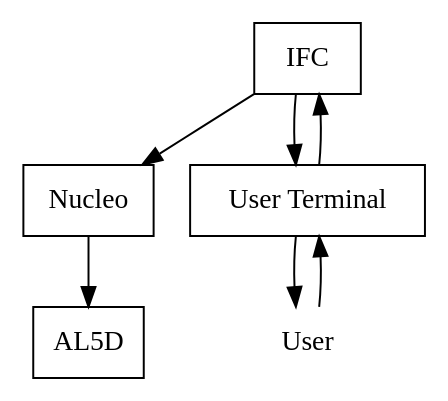
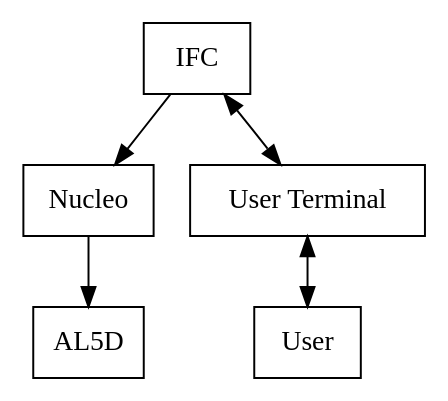
The diagram in design-report/block-diagram.dot (r2labs/QuARC), drawn with Graphviz before and after one commit.

Commit message:
block-diagram: cleaned up the block diagram

```diff
--- a/design-report/block-diagram.dot
+++ b/design-report/block-diagram.dot
@@ -1,18 +1,17 @@
 digraph blockdiagram {
+    concentrate=true;
     node [shape=box] {
         ifc [label="IFC"]
         nucleo [label="Nucleo"]
         terminal [label="User Terminal"]
-        user [label="User", color="white"]
+        user [label="User"]
         arm [label="AL5D"]
     }
 
     user -> terminal
-    terminal -> user
-    terminal -> ifc
+    terminal -> {user, ifc}
 
-    ifc -> nucleo
-    ifc -> terminal
+    ifc -> {nucleo, terminal}
 
     nucleo -> arm
 }
```
